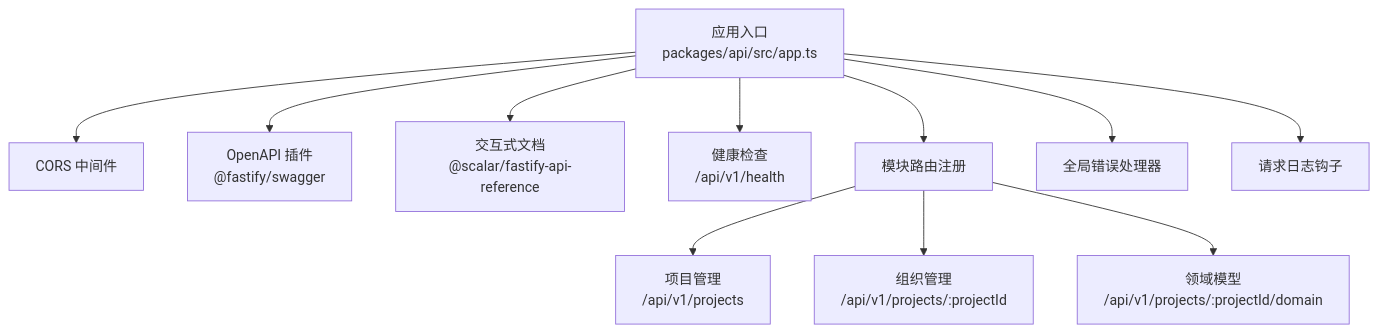
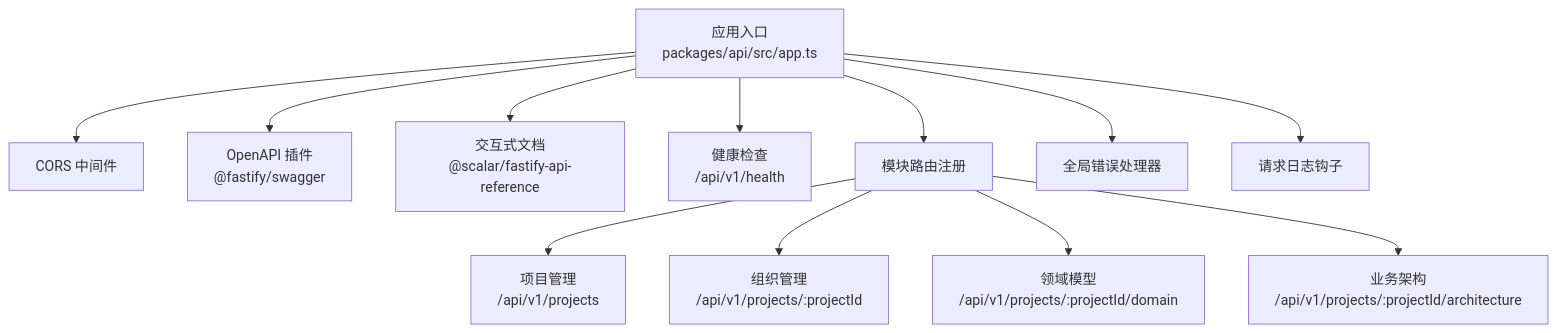
One commit to kai-cui1/ai-prototype-manager changed the first of 3 diagrams in .qoder/repowiki/zh/content/API参考/API参考.md. Above: the diagram before and after it, drawn with Mermaid. The commit also changed other lines of this file and 295 other files, not shown here.

````diff
--- a/.qoder/repowiki/zh/content/API参考/API参考.md
+++ b/.qoder/repowiki/zh/content/API参考/API参考.md
@@ -41,13 +51,14 @@
 ```mermaid
 graph TB
 A["应用入口<br/>packages/api/src/app.ts"] --> B["CORS 中间件"]
 A --> C["OpenAPI 插件<br/>@fastify/swagger"]
 A --> D["交互式文档<br/>@scalar/fastify-api-reference"]
 A --> E["健康检查<br/>/api/v1/health"]
 A --> F["模块路由注册"]
 F --> F1["项目管理<br/>/api/v1/projects"]
 F --> F2["组织管理<br/>/api/v1/projects/:projectId"]
 F --> F3["领域模型<br/>/api/v1/projects/:projectId/domain"]
+F --> F4["业务架构<br/>/api/v1/projects/:projectId/architecture"]
 A --> G["全局错误处理器"]
 A --> H["请求日志钩子"]
 ```
````
